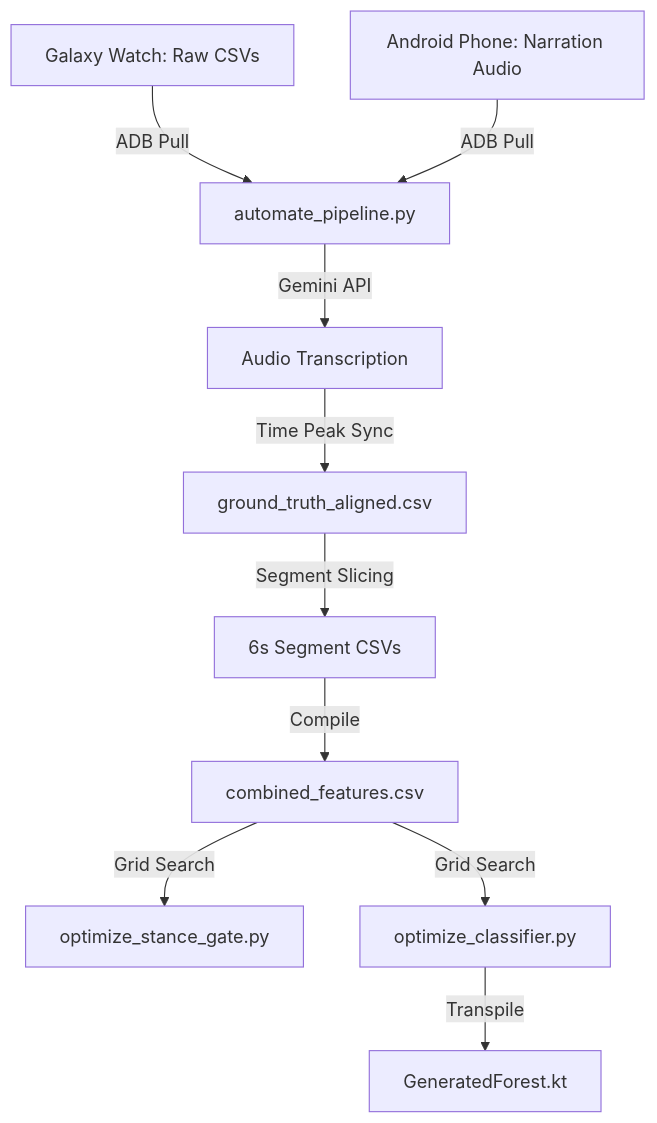
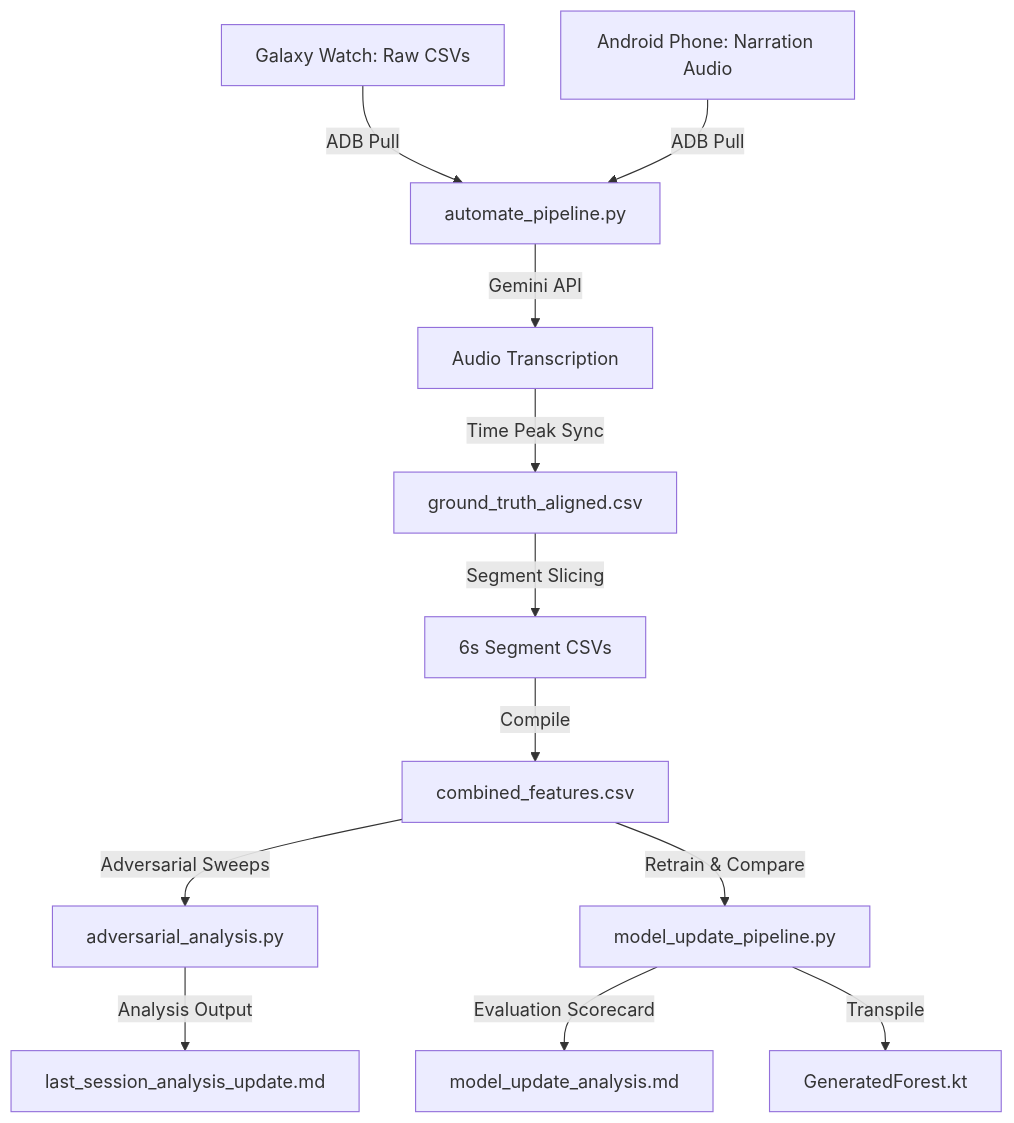
The diagram in docs/loading_and_analysing_session_data.md (mrpeel/CricketBattingTracker), drawn with Mermaid before and after one commit. The commit also changed other lines of this file, not shown here.

Commit message:
Update session analysis documentation to cover adversarial and model update pipelines

````diff
--- a/docs/loading_and_analysing_session_data.md
+++ b/docs/loading_and_analysing_session_data.md
@@ -11,12 +11,14 @@
 ```mermaid
 graph TD
     A[Galaxy Watch: Raw CSVs] -->|ADB Pull| C[automate_pipeline.py]
     B[Android Phone: Narration Audio] -->|ADB Pull| C
     C -->|Gemini API| D[Audio Transcription]
     D -->|Time Peak Sync| E[ground_truth_aligned.csv]
     E -->|Segment Slicing| F[6s Segment CSVs]
     F -->|Compile| G[combined_features.csv]
-    G -->|Grid Search| H[optimize_stance_gate.py]
-    G -->|Grid Search| I[optimize_classifier.py]
-    I -->|Transpile| J[GeneratedForest.kt]
+    G -->|Adversarial Sweeps| K[adversarial_analysis.py]
+    K -->|Analysis Output| L[last_session_analysis_update.md]
+    G -->|Retrain & Compare| M[model_update_pipeline.py]
+    M -->|Evaluation Scorecard| N[model_update_analysis.md]
+    M -->|Transpile| J[GeneratedForest.kt]
 ```
````
